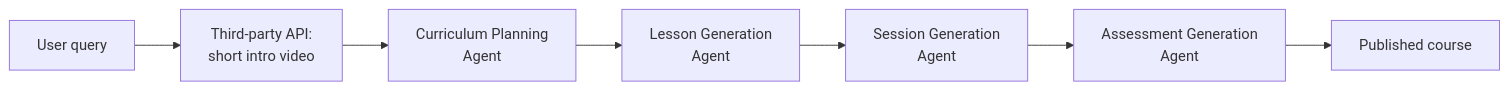
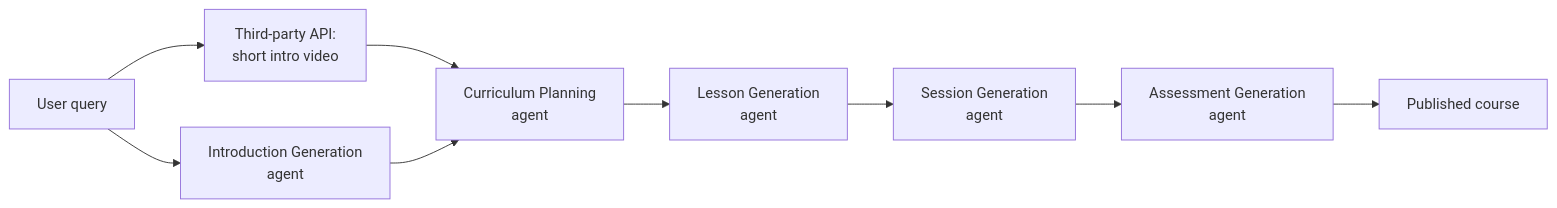
One commit to muhammad-obaidullah/muhammad-obaidullah changed the first of 9 diagrams in README.md. Above: the diagram before and after it, drawn with Mermaid. The commit also changed other lines of this file, not shown here.

````diff
--- a/README.md
+++ b/README.md
@@ -30,14 +31,17 @@
 ```mermaid
 flowchart LR
     Q[User query] --> V[Third-party API:
     short intro video]
+    Q --> IG[Introduction Generation
+    agent]
     V --> CP[Curriculum Planning
-    Agent]
+    agent]
+    IG --> CP
     CP --> LG[Lesson Generation
-    Agent]
+    agent]
     LG --> SG[Session Generation
-    Agent]
+    agent]
     SG --> AG[Assessment Generation
-    Agent]
+    agent]
     AG --> PUB[Published course]
 ```
````
